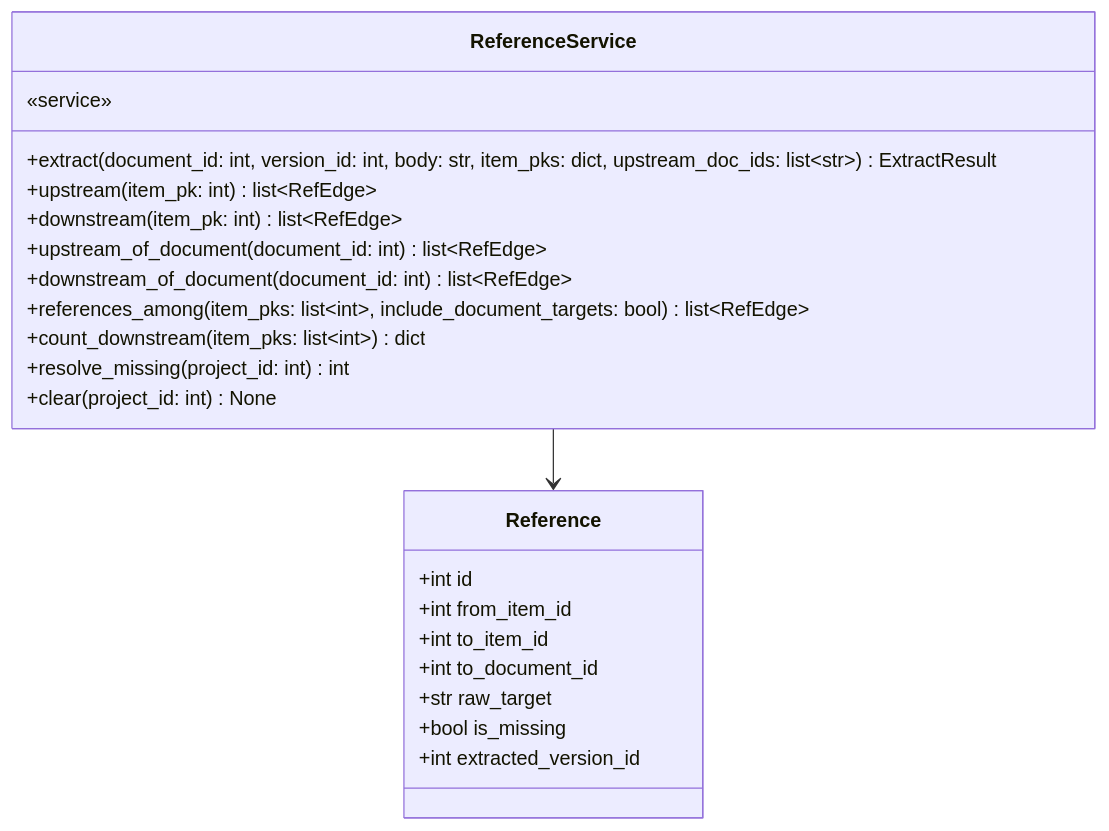
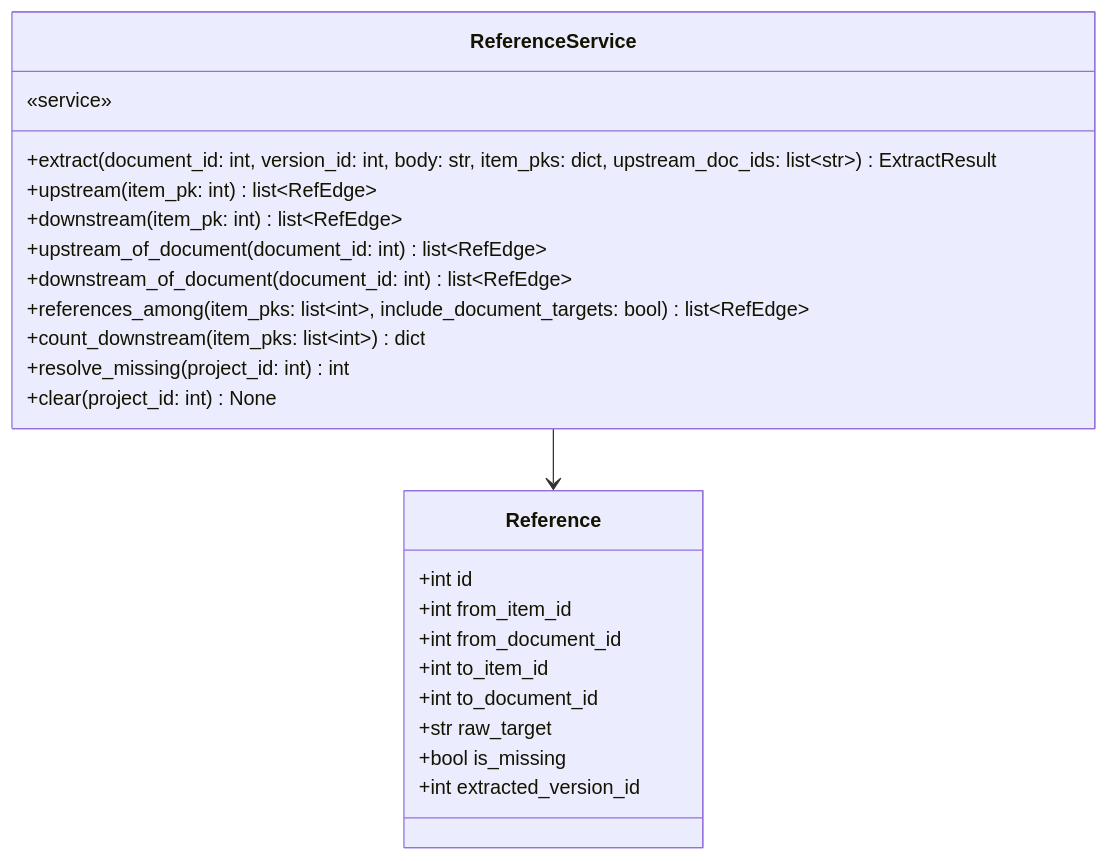
One commit to HoyoungParkme/syncdoc changed diagram 17 of 20 in docs/specs/DOM/SYNC-DOM-002.md. Above: the diagram before and after it, drawn with Mermaid. The commit also changed other lines of this file, not shown here.

First line of the commit message:
spec(SYNC-DOM-002): 1장 core/types.py·errors.py 추가, Reference.from_document_id·PropagationDecision.*_pks, async 표기, commit_push 시그니처

````diff
--- a/docs/specs/DOM/SYNC-DOM-002.md
+++ b/docs/specs/DOM/SYNC-DOM-002.md
@@ -643,25 +648,26 @@
 ```mermaid
 classDiagram
     class ReferenceService {
         «service»
         +extract(document_id: int, version_id: int, body: str, item_pks: dict, upstream_doc_ids: list~str~) ExtractResult
         +upstream(item_pk: int) list~RefEdge~
         +downstream(item_pk: int) list~RefEdge~
         +upstream_of_document(document_id: int) list~RefEdge~
         +downstream_of_document(document_id: int) list~RefEdge~
         +references_among(item_pks: list~int~, include_document_targets: bool) list~RefEdge~
         +count_downstream(item_pks: list~int~) dict
         +resolve_missing(project_id: int) int
         +clear(project_id: int) None
     }
     class Reference {
         +int id
         +int from_item_id
+        +int from_document_id
         +int to_item_id
         +int to_document_id
         +str raw_target
         +bool is_missing
         +int extracted_version_id
     }
     ReferenceService --> Reference
 ```
````
